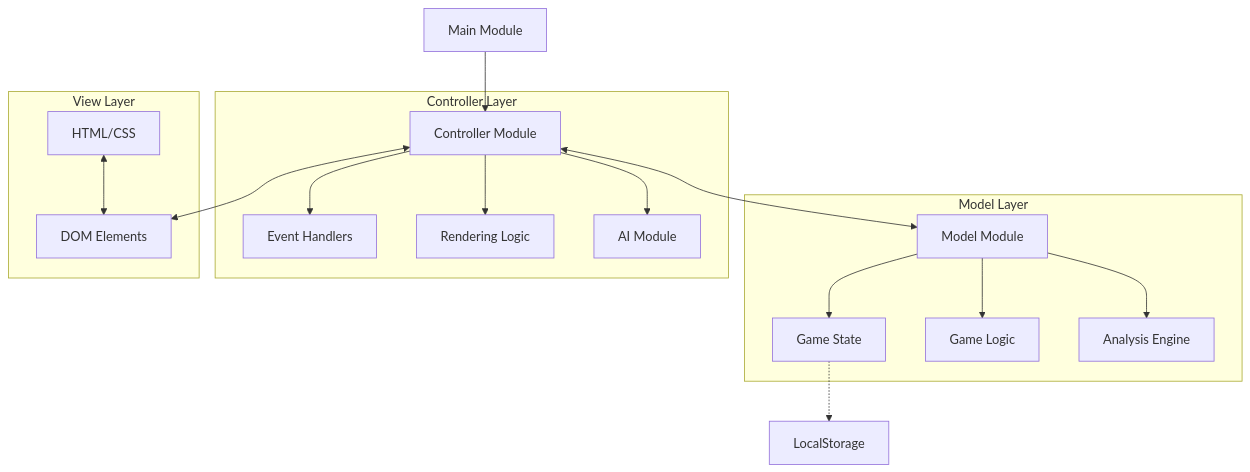
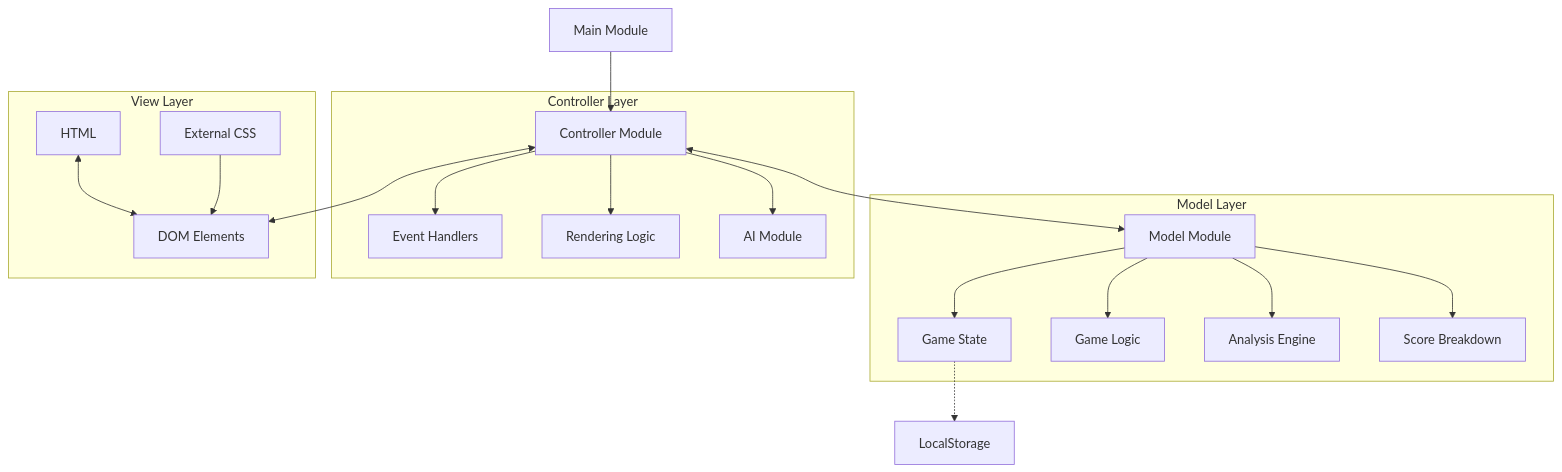
One commit to xpmatteo/scopa-trainer-v2 changed the diagram in memory-bank/systemPatterns.md. Above: the diagram before and after it, drawn with Mermaid. The commit also changed other lines of this file and 3 other files, not shown here.

````diff
--- a/memory-bank/systemPatterns.md
+++ b/memory-bank/systemPatterns.md
@@ -7,27 +7,29 @@
 ```mermaid
 flowchart TD
     Main[Main Module] --> Controller
     
     subgraph Model Layer
         Model[Model Module] --> GameState[Game State]
         Model --> GameLogic[Game Logic]
         Model --> AnalysisEngine[Analysis Engine]
+        Model --> ScoreBreakdown[Score Breakdown]
     end
     
     subgraph Controller Layer
         Controller[Controller Module] --> UIHandlers[Event Handlers]
         Controller --> Rendering[Rendering Logic]
         Controller --> AI[AI Module]
     end
     
     Controller <--> Model
     
     subgraph View Layer
-        HTML[HTML/CSS] <--> DOM[DOM Elements]
+        HTML[HTML] <--> DOM[DOM Elements]
+        CSS[External CSS] --> DOM
     end
     
     Controller <--> DOM
     
     %% Future extension
     GameState -.-> LocalStorage[LocalStorage]
 ```
````
